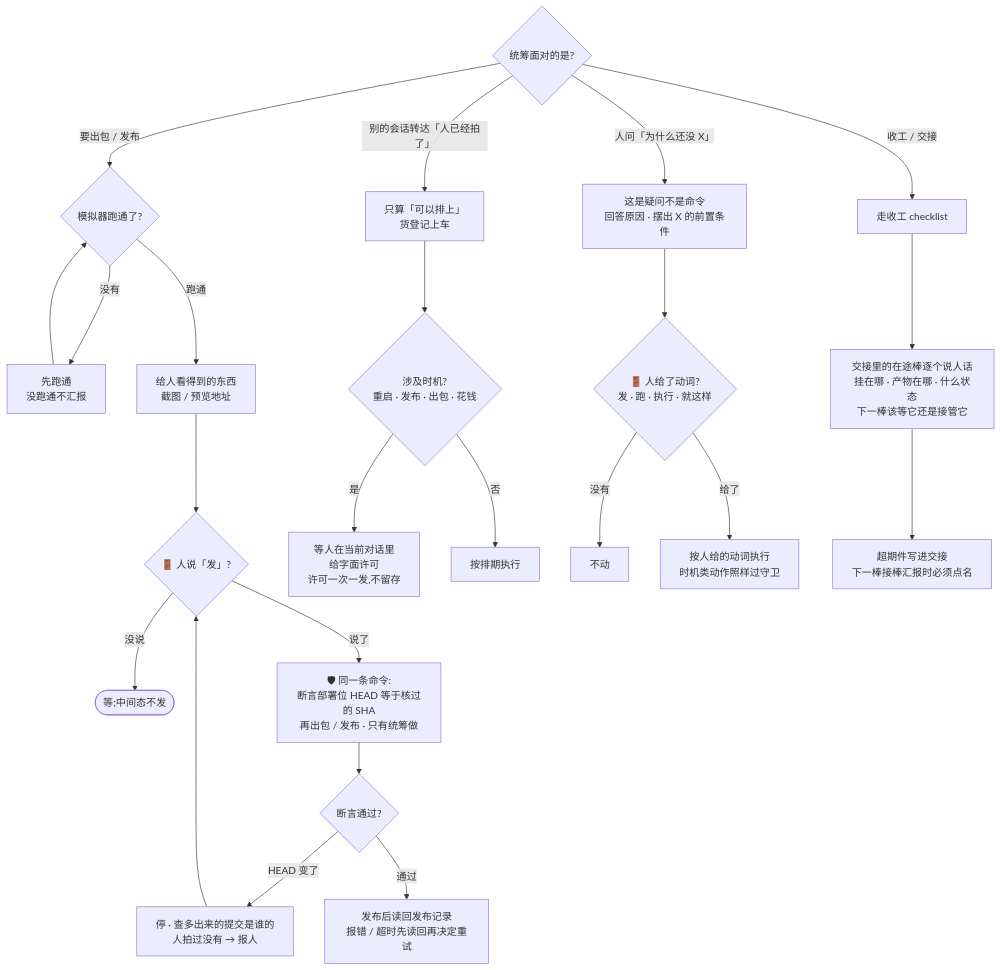
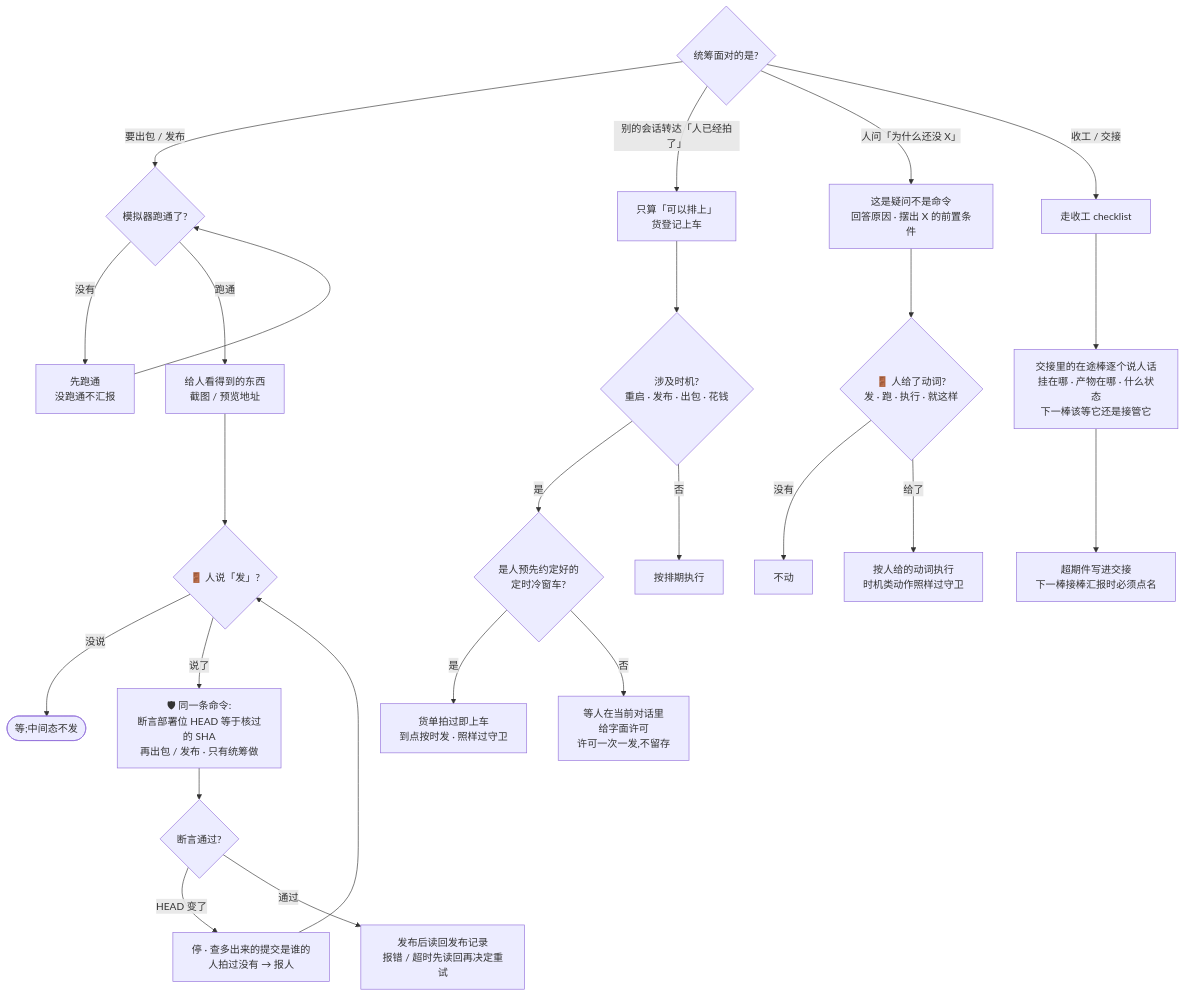
The fourth of 7 diagrams in docs/flowcharts.md (tsuru0805/idea-to-merge), drawn with Mermaid before and after one commit. The commit also changed other lines of this file and 1 other file, not shown here.

Commit message:
按三审回执闭环:图③冷窗例外进判断分支、自动部署合并前过守卫
codex 三审回执:图⑥/措辞/14.2 三项闭环;阻断 2 条——
- 图③-2「涉及时机?」后新增「是人预先约定的定时冷窗车?」分支:是→货单拍过按时发、照样过守卫;否→等当次字面许可(原先例外只写在图注里)
- 自动部署顺序:全景简图拆成「合并即上线?」两路,是→人当次点头+守卫放行后才合并;图③-1 当次许可后先过守卫(在途为 0、部署位 HEAD 等于核过的 SHA),拦下则先不合
8 个 Mermaid 块本地 Mermaid 11 实渲染通过。

````diff
--- a/docs/flowcharts.md
+++ b/docs/flowcharts.md
@@ -194,30 +196,32 @@
 ```mermaid
 flowchart TD
     HUB2{"统筹面对的是?"}
 
     HUB2 -->|要出包 / 发布| P1{"模拟器跑通了?"}
     P1 -->|没有| P2["先跑通<br/>没跑通不汇报"]
     P2 --> P1
     P1 -->|跑通| P3["给人看得到的东西<br/>截图 / 预览地址"]
     P3 --> P4{"🚪 人说「发」?"}
     P4 -->|没说| PB1(["等;中间态不发"])
     P4 -->|说了| P5["🛡 同一条命令:<br/>断言部署位 HEAD 等于核过的 SHA<br/>再出包 / 发布 · 只有统筹做"]
     P5 --> P6{"断言通过?"}
     P6 -->|HEAD 变了| P7["停 · 查多出来的提交是谁的<br/>人拍过没有 → 报人"]
     P7 --> P4
     P6 -->|通过| P8["发布后读回发布记录<br/>报错 / 超时先读回再决定重试"]
 
     HUB2 -->|别的会话转达「人已经拍了」| T1["只算「可以排上」<br/>货登记上车"]
     T1 --> T2{"涉及时机?<br/>重启 · 发布 · 出包 · 花钱"}
-    T2 -->|是| T3["等人在当前对话里<br/>给字面许可<br/>许可一次一发,不留存"]
+    T2 -->|是| T2b{"是人预先约定好的<br/>定时冷窗车?"}
+    T2b -->|是| T5["货单拍过即上车<br/>到点按时发 · 照样过守卫"]
+    T2b -->|否| T3["等人在当前对话里<br/>给字面许可<br/>许可一次一发,不留存"]
     T2 -->|否| T4["按排期执行"]
 
     HUB2 -->|人问「为什么还没 X」| U1["这是疑问不是命令<br/>回答原因 · 摆出 X 的前置条件"]
     U1 --> U2{"🚪 人给了动词?<br/>发 · 跑 · 执行 · 就这样"}
     U2 -->|没有| U4["不动"]
     U2 -->|给了| U3["按人给的动词执行<br/>时机类动作照样过守卫"]
 
     HUB2 -->|收工 / 交接| Z1["走收工 checklist"]
     Z1 --> Z2["交接里的在途棒逐个说人话<br/>挂在哪 · 产物在哪 · 什么状态<br/>下一棒该等它还是接管它"]
     Z2 --> Z3["超期件写进交接<br/>下一棒接棒汇报时必须点名"]
 ```
````
